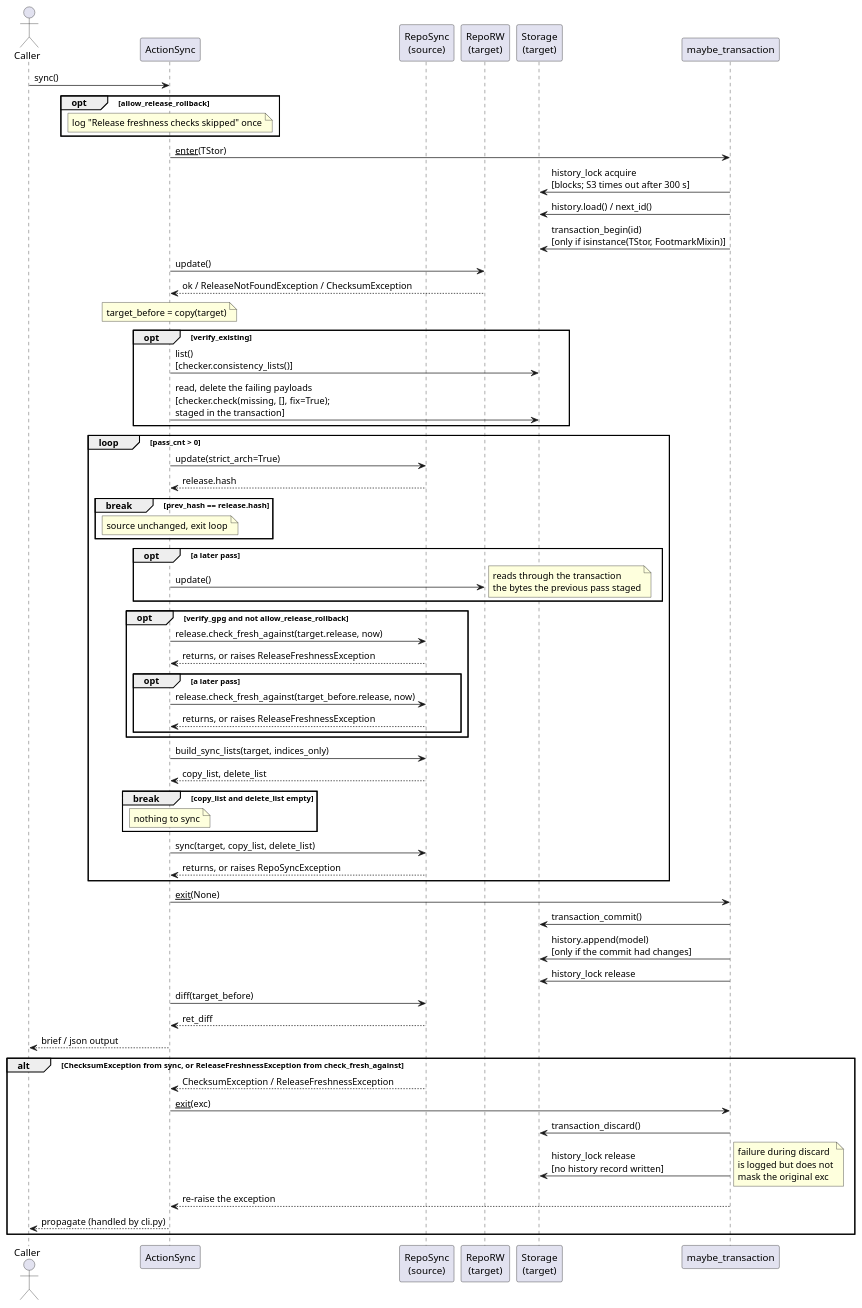
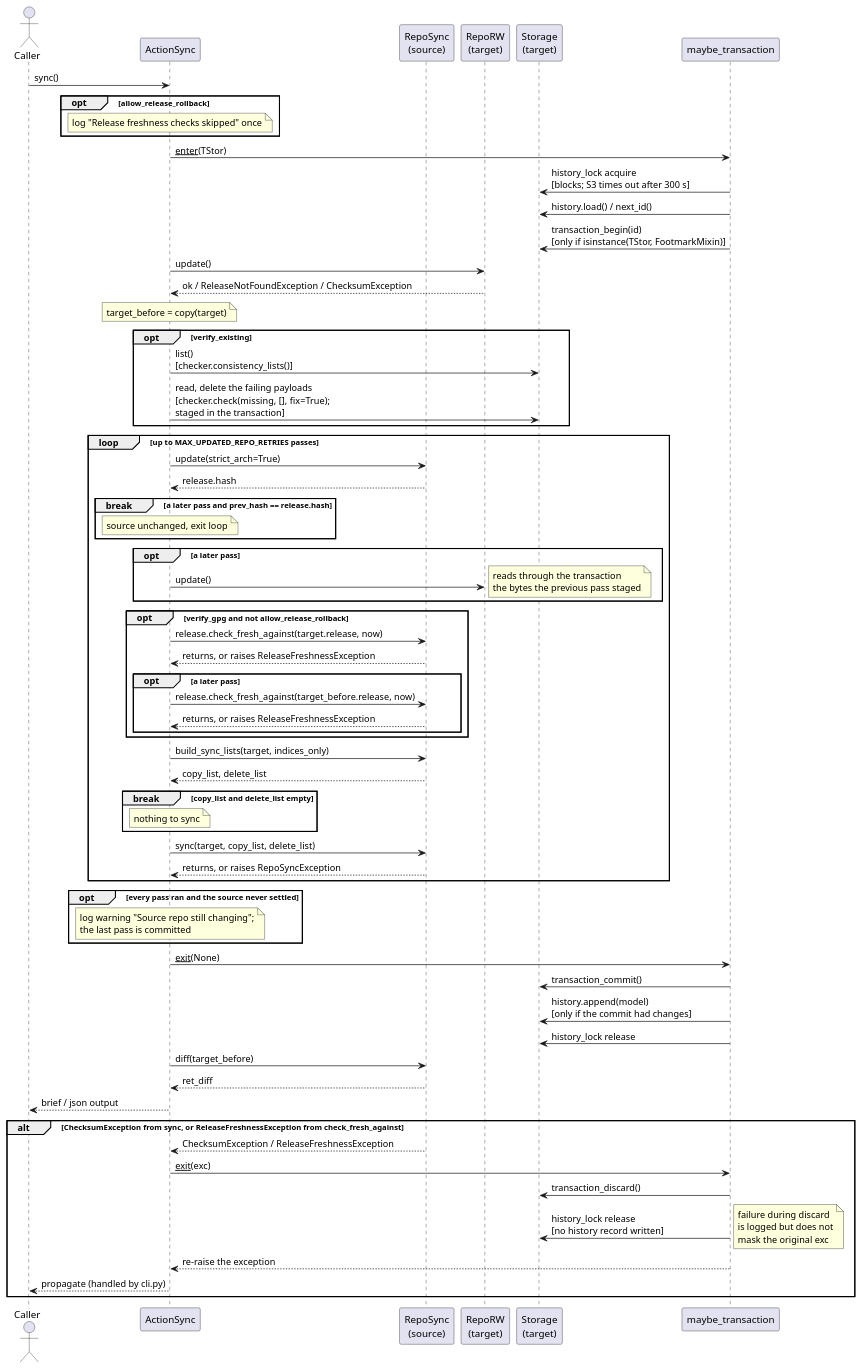
Before and after one commit to vinklat/debkit: the diagram in docs/development/diagrams/action-sync-sequence.puml, drawn with PlantUML. The commit also changed 7 other files, not shown here.

First line of the commit message:
Warn when the sync source never settles

```diff
--- a/docs/development/diagrams/action-sync-sequence.puml
+++ b/docs/development/diagrams/action-sync-sequence.puml
@@ -1,78 +1,82 @@
 @startuml
 actor Caller
 participant ActionSync
 participant "RepoSync\n(source)" as Src
 participant "RepoRW\n(target)" as Tgt
 participant "Storage\n(target)" as TStor
 participant "maybe_transaction" as CM
 
 Caller -> ActionSync: sync()
 
 opt allow_release_rollback
   note over ActionSync: log "Release freshness checks skipped" once
 end
 
 ActionSync -> CM: __enter__(TStor)
 CM -> TStor: history_lock acquire\n[blocks; S3 times out after 300 s]
 CM -> TStor: history.load() / next_id()
 CM -> TStor: transaction_begin(id)\n[only if isinstance(TStor, FootmarkMixin)]
 
 ActionSync -> Tgt: update()
 Tgt --> ActionSync: ok / ReleaseNotFoundException / ChecksumException
 note over ActionSync: target_before = copy(target)
 
 opt verify_existing
   ActionSync -> TStor: list()\n[checker.consistency_lists()]
   ActionSync -> TStor: read, delete the failing payloads\n[checker.check(missing, [], fix=True);\nstaged in the transaction]
 end
 
-loop pass_cnt > 0
+loop up to MAX_UPDATED_REPO_RETRIES passes
   ActionSync -> Src: update(strict_arch=True)
   Src --> ActionSync: release.hash
-  break prev_hash == release.hash
+  break a later pass and prev_hash == release.hash
     note over ActionSync: source unchanged, exit loop
   end
 
   opt a later pass
     ActionSync -> Tgt: update()
     note right: reads through the transaction\nthe bytes the previous pass staged
   end
 
   opt verify_gpg and not allow_release_rollback
     ActionSync -> Src: release.check_fresh_against(target.release, now)
     Src --> ActionSync: returns, or raises ReleaseFreshnessException
     opt a later pass
       ActionSync -> Src: release.check_fresh_against(target_before.release, now)
       Src --> ActionSync: returns, or raises ReleaseFreshnessException
     end
   end
 
   ActionSync -> Src: build_sync_lists(target, indices_only)
   Src --> ActionSync: copy_list, delete_list
   break copy_list and delete_list empty
     note over ActionSync: nothing to sync
   end
 
   ActionSync -> Src: sync(target, copy_list, delete_list)
   Src --> ActionSync: returns, or raises RepoSyncException
 end
 
+opt every pass ran and the source never settled
+  note over ActionSync: log warning "Source repo still changing";\nthe last pass is committed
+end
+
 ActionSync -> CM: __exit__(None)
 CM -> TStor: transaction_commit()
 CM -> TStor: history.append(model)\n[only if the commit had changes]
 CM -> TStor: history_lock release
 
 ActionSync -> Src: diff(target_before)
 Src --> ActionSync: ret_diff
 ActionSync --> Caller: brief / json output
 
 alt ChecksumException from sync, or ReleaseFreshnessException from check_fresh_against
   Src --> ActionSync: ChecksumException / ReleaseFreshnessException
   ActionSync -> CM: __exit__(exc)
   CM -> TStor: transaction_discard()
   CM -> TStor: history_lock release\n[no history record written]
   note right: failure during discard\nis logged but does not\nmask the original exc
   CM --> ActionSync: re-raise the exception
   ActionSync --> Caller: propagate (handled by cli.py)
 end
 @enduml
```
